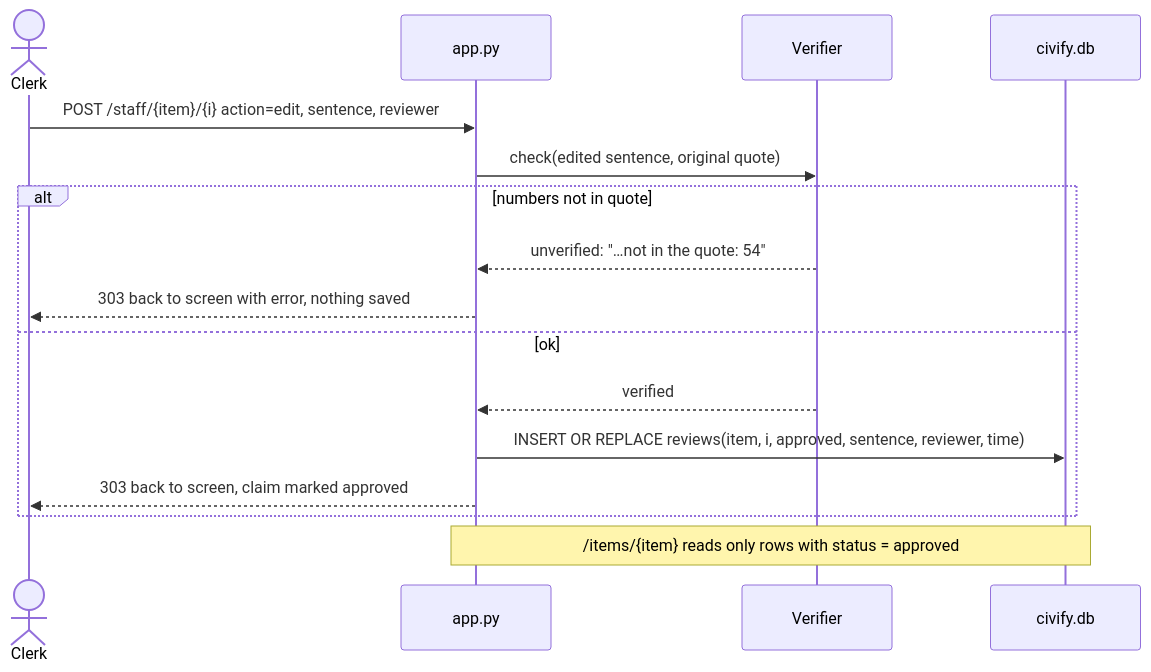
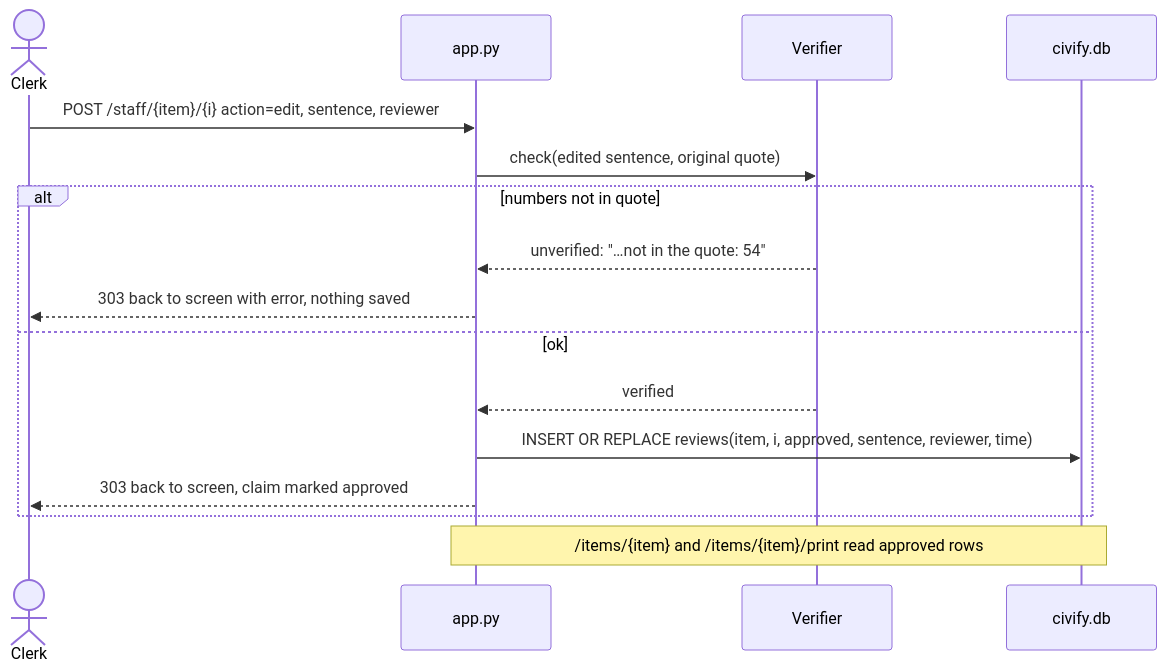
One commit to opkirat/Civify changed the fifth of 5 diagrams in docs/architecture.md. Above: the diagram before and after it, drawn with Mermaid. The commit also changed other lines of this file and 7 other files, not shown here.

Commit message:
Update docs for pending items, notices, agendas, print view; add handoff and testing guides

````diff
--- a/docs/architecture.md
+++ b/docs/architecture.md
@@ -77,18 +81,18 @@
 ```mermaid
 sequenceDiagram
   actor Clerk
   participant App as app.py
   participant V as Verifier
   participant DB as civify.db
   Clerk->>App: POST /staff/{item}/{i} action=edit, sentence, reviewer
   App->>V: check(edited sentence, original quote)
   alt numbers not in quote
     V-->>App: unverified: "…not in the quote: 54"
     App-->>Clerk: 303 back to screen with error, nothing saved
   else ok
     V-->>App: verified
     App->>DB: INSERT OR REPLACE reviews(item, i, approved, sentence, reviewer, time)
     App-->>Clerk: 303 back to screen, claim marked approved
   end
-  Note over App,DB: /items/{item} reads only rows with status = approved
+  Note over App,DB: /items/{item} and /items/{item}/print read approved rows
 ```
````
